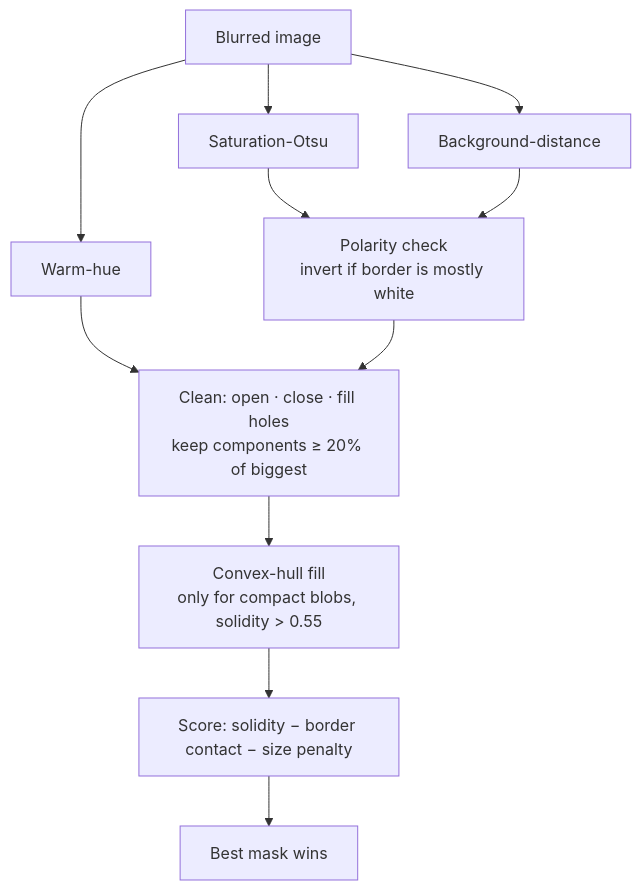
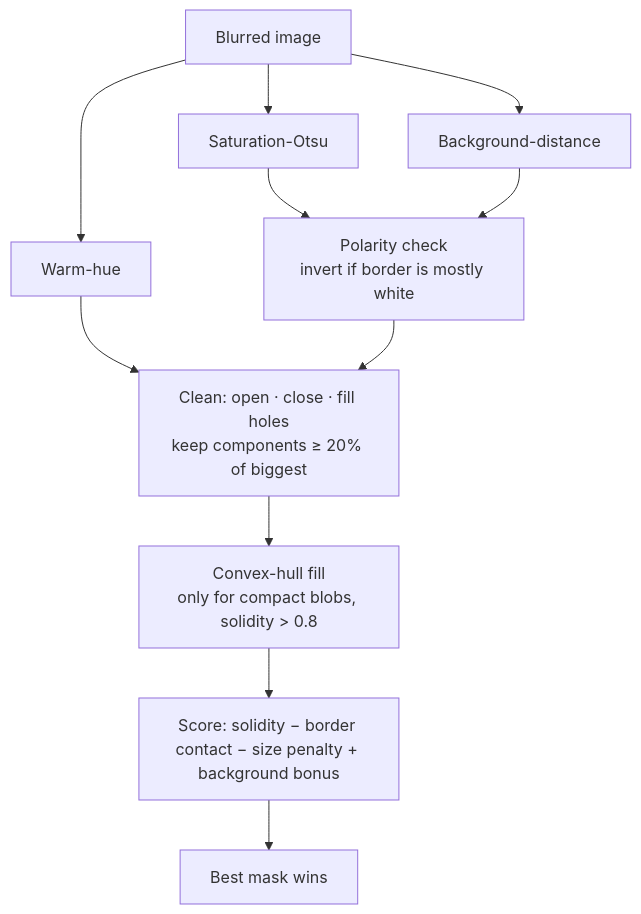
The second of 2 diagrams in README.md (AtharvaDurge/Fruit-Ripeness-Detection), drawn with Mermaid before and after one commit. The commit also changed other lines of this file, not shown here.

````diff
--- a/README.md
+++ b/README.md
@@ -117,13 +122,13 @@
 ```mermaid
 flowchart TD
     A[Blurred image] --> B[Saturation-Otsu]
     A --> C[Background-distance]
     A --> D[Warm-hue]
     B --> E[Polarity check<br/>invert if border is mostly white]
     C --> E
     D --> F
     E --> F[Clean: open · close · fill holes<br/>keep components ≥ 20% of biggest]
-    F --> G[Convex-hull fill<br/>only for compact blobs, solidity > 0.55]
-    G --> H[Score: solidity − border contact − size penalty]
+    F --> G[Convex-hull fill<br/>only for compact blobs, solidity > 0.8]
+    G --> H[Score: solidity − border contact − size penalty + background bonus]
     H --> I[Best mask wins]
 ```
````
